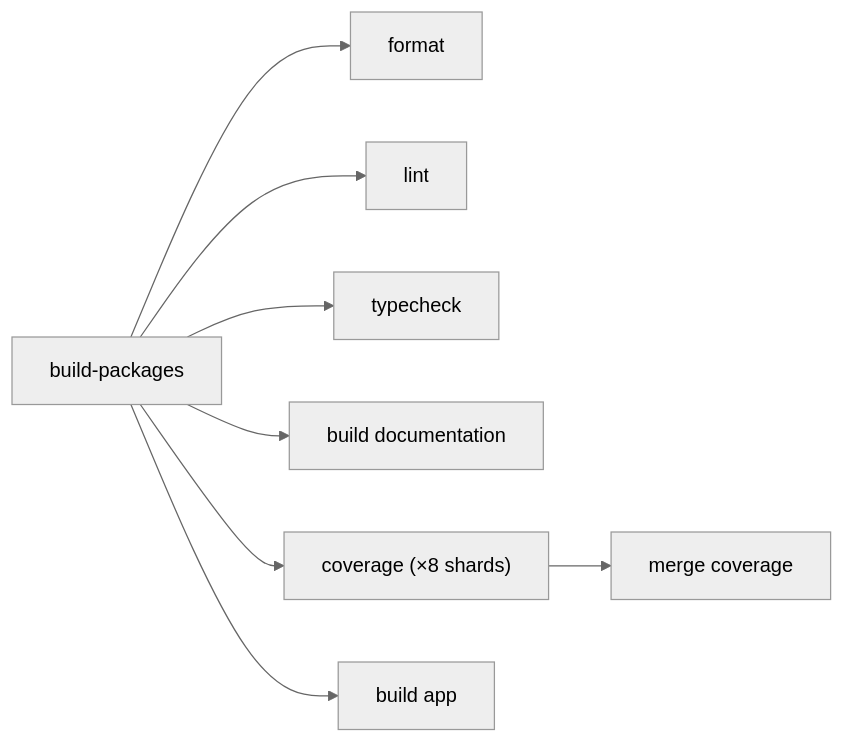
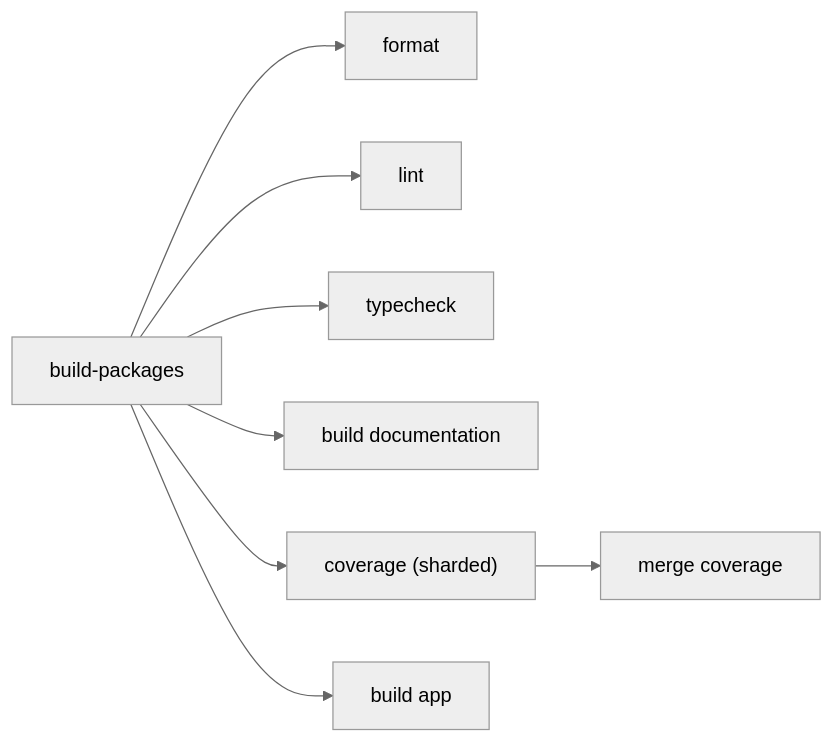
One commit to Esposter/Esposter changed the diagram in packages/app/content/docs/architecture/monorepo-tooling.md. Above: the diagram before and after it, drawn with Mermaid (neutral theme). The commit also changed other lines of this file and 4 other files, not shown here.

````diff
--- a/packages/app/content/docs/architecture/monorepo-tooling.md
+++ b/packages/app/content/docs/architecture/monorepo-tooling.md
@@ -72,9 +72,9 @@
 ```mermaid
 flowchart LR
   BP[build-packages] --> F[format]
   BP --> L[lint]
   BP --> T[typecheck]
   BP --> D[build documentation]
-  BP --> C["coverage (×8 shards)"] --> M[merge coverage]
+  BP --> C["coverage (sharded)"] --> M[merge coverage]
   BP --> A[build app]
 ```
````
